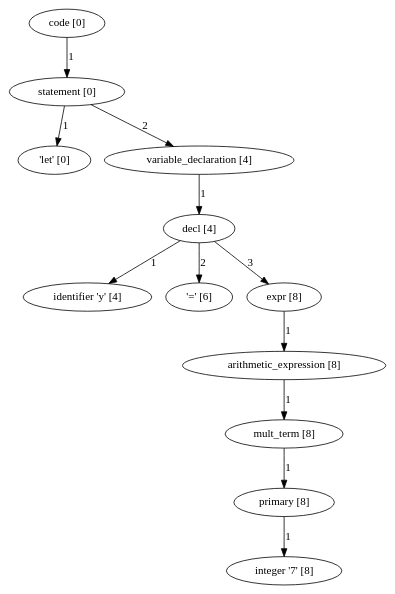
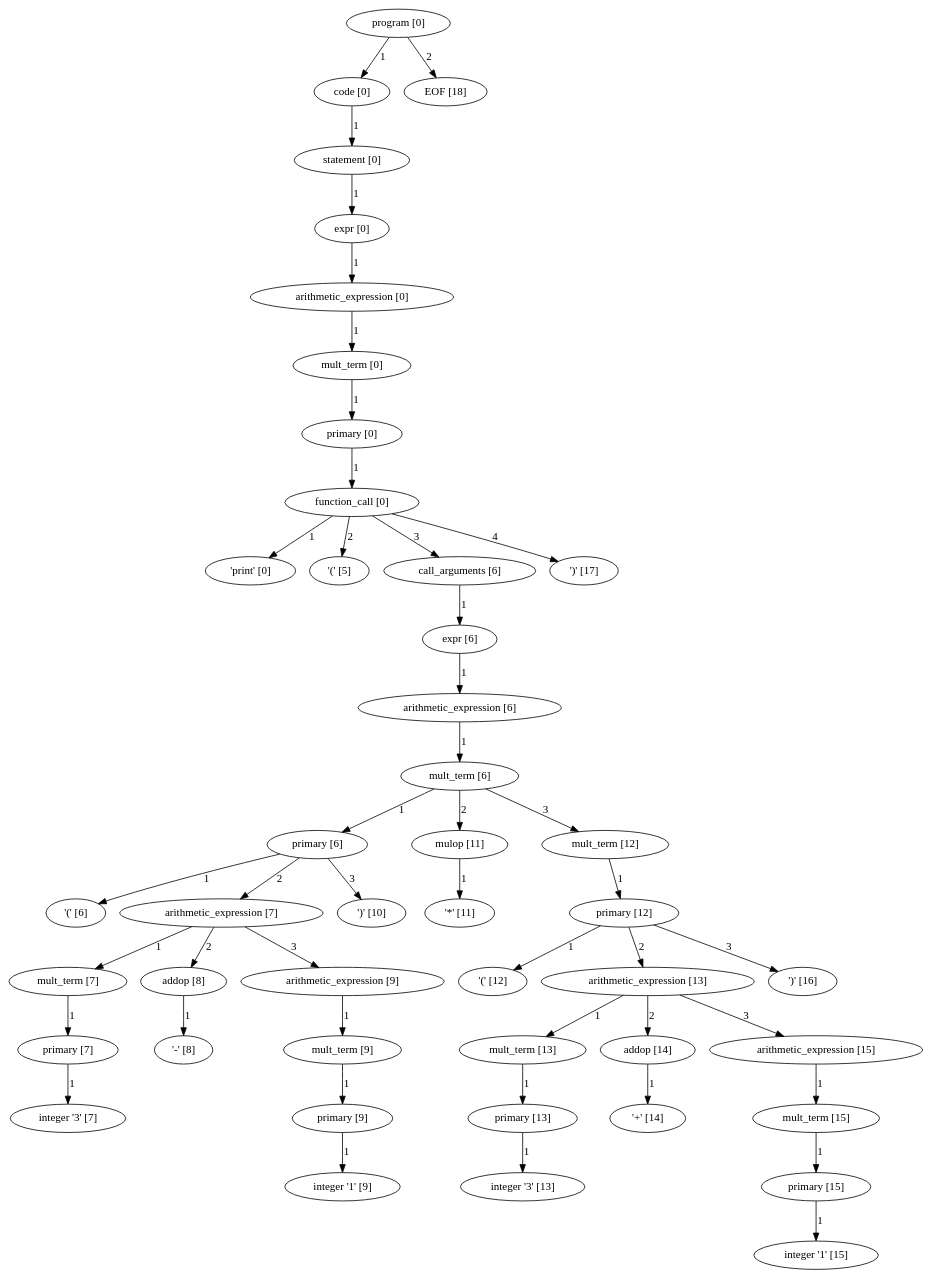
Before and after one commit to pragdave/cs3342_smurf: the diagram in my_parse_tree.dot, drawn with Graphviz. The commit also changed 5 other files, not shown here.

Commit message:
writing visitor class, implemented integer, mult_term, arithmetic_expression, and print

```diff
--- a/my_parse_tree.dot
+++ b/my_parse_tree.dot
@@ -1,36 +1,135 @@
 digraph arpeggio_graph {
-4363877952 [label="code [0]"];
-4363877952->4363877824 [label="1"]
+4442480960 [label="program [0]"];
+4442480960->4442480832 [label="1"]
 
-4363877824 [label="statement [0]"];
-4363877824->4363745984 [label="1"]
+4442480832 [label="code [0]"];
+4442480832->4442480704 [label="1"]
 
-4363745984 [label=" 'let' [0]"];
-4363877824->4363877696 [label="2"]
+4442480704 [label="statement [0]"];
+4442480704->4442345280 [label="1"]
 
-4363877696 [label="variable_declaration [4]"];
-4363877696->4363877568 [label="1"]
+4442345280 [label="expr [0]"];
+4442345280->4442345152 [label="1"]
 
-4363877568 [label="decl [4]"];
-4363877568->4363746208 [label="1"]
+4442345152 [label="arithmetic_expression [0]"];
+4442345152->4442345024 [label="1"]
 
-4363746208 [label="identifier 'y' [4]"];
-4363877568->4363746320 [label="2"]
+4442345024 [label="mult_term [0]"];
+4442345024->4442344896 [label="1"]
 
-4363746320 [label=" '=' [6]"];
-4363877568->4363877440 [label="3"]
+4442344896 [label="primary [0]"];
+4442344896->4442344768 [label="1"]
 
-4363877440 [label="expr [8]"];
-4363877440->4363877312 [label="1"]
+4442344768 [label="function_call [0]"];
+4442344768->4441912032 [label="1"]
 
-4363877312 [label="arithmetic_expression [8]"];
-4363877312->4363877184 [label="1"]
+4441912032 [label=" 'print' [0]"];
+4442344768->4441912144 [label="2"]
 
-4363877184 [label="mult_term [8]"];
-4363877184->4363877056 [label="1"]
+4441912144 [label=" '(' [5]"];
+4442344768->4442344640 [label="3"]
 
-4363877056 [label="primary [8]"];
-4363877056->4364030800 [label="1"]
+4442344640 [label="call_arguments [6]"];
+4442344640->4442344512 [label="1"]
 
-4364030800 [label="integer '7' [8]"];
+4442344512 [label="expr [6]"];
+4442344512->4442344384 [label="1"]
+
+4442344384 [label="arithmetic_expression [6]"];
+4442344384->4442344256 [label="1"]
+
+4442344256 [label="mult_term [6]"];
+4442344256->4442287168 [label="1"]
+
+4442287168 [label="primary [6]"];
+4442287168->4442300704 [label="1"]
+
+4442300704 [label=" '(' [6]"];
+4442287168->4442287040 [label="2"]
+
+4442287040 [label="arithmetic_expression [7]"];
+4442287040->4442285888 [label="1"]
+
+4442285888 [label="mult_term [7]"];
+4442285888->4442285760 [label="1"]
+
+4442285760 [label="primary [7]"];
+4442285760->4442301152 [label="1"]
+
+4442301152 [label="integer '3' [7]"];
+4442287040->4442286016 [label="2"]
+
+4442286016 [label="addop [8]"];
+4442286016->4442301264 [label="1"]
+
+4442301264 [label=" '-' [8]"];
+4442287040->4442286912 [label="3"]
+
+4442286912 [label="arithmetic_expression [9]"];
+4442286912->4442286784 [label="1"]
+
+4442286784 [label="mult_term [9]"];
+4442286784->4442286656 [label="1"]
+
+4442286656 [label="primary [9]"];
+4442286656->4442302160 [label="1"]
+
+4442302160 [label="integer '1' [9]"];
+4442287168->4442302272 [label="3"]
+
+4442302272 [label=" ')' [10]"];
+4442344256->4442287296 [label="2"]
+
+4442287296 [label="mulop [11]"];
+4442287296->4442302384 [label="1"]
+
+4442302384 [label=" '*' [11]"];
+4442344256->4442344128 [label="3"]
+
+4442344128 [label="mult_term [12]"];
+4442344128->4442344000 [label="1"]
+
+4442344000 [label="primary [12]"];
+4442344000->4442304176 [label="1"]
+
+4442304176 [label=" '(' [12]"];
+4442344000->4442343872 [label="2"]
+
+4442343872 [label="arithmetic_expression [13]"];
+4442343872->4442342720 [label="1"]
+
+4442342720 [label="mult_term [13]"];
+4442342720->4442342592 [label="1"]
+
+4442342592 [label="primary [13]"];
+4442342592->4442374320 [label="1"]
+
+4442374320 [label="integer '3' [13]"];
+4442343872->4442342848 [label="2"]
+
+4442342848 [label="addop [14]"];
+4442342848->4442374432 [label="1"]
+
+4442374432 [label=" '+' [14]"];
+4442343872->4442343744 [label="3"]
+
+4442343744 [label="arithmetic_expression [15]"];
+4442343744->4442343616 [label="1"]
+
+4442343616 [label="mult_term [15]"];
+4442343616->4442343488 [label="1"]
+
+4442343488 [label="primary [15]"];
+4442343488->4442375328 [label="1"]
+
+4442375328 [label="integer '1' [15]"];
+4442344000->4442375440 [label="3"]
+
+4442375440 [label=" ')' [16]"];
+4442344768->4442375552 [label="4"]
+
+4442375552 [label=" ')' [17]"];
+4442480960->4442375664 [label="2"]
+
+4442375664 [label="EOF [18]"];
 }
```
